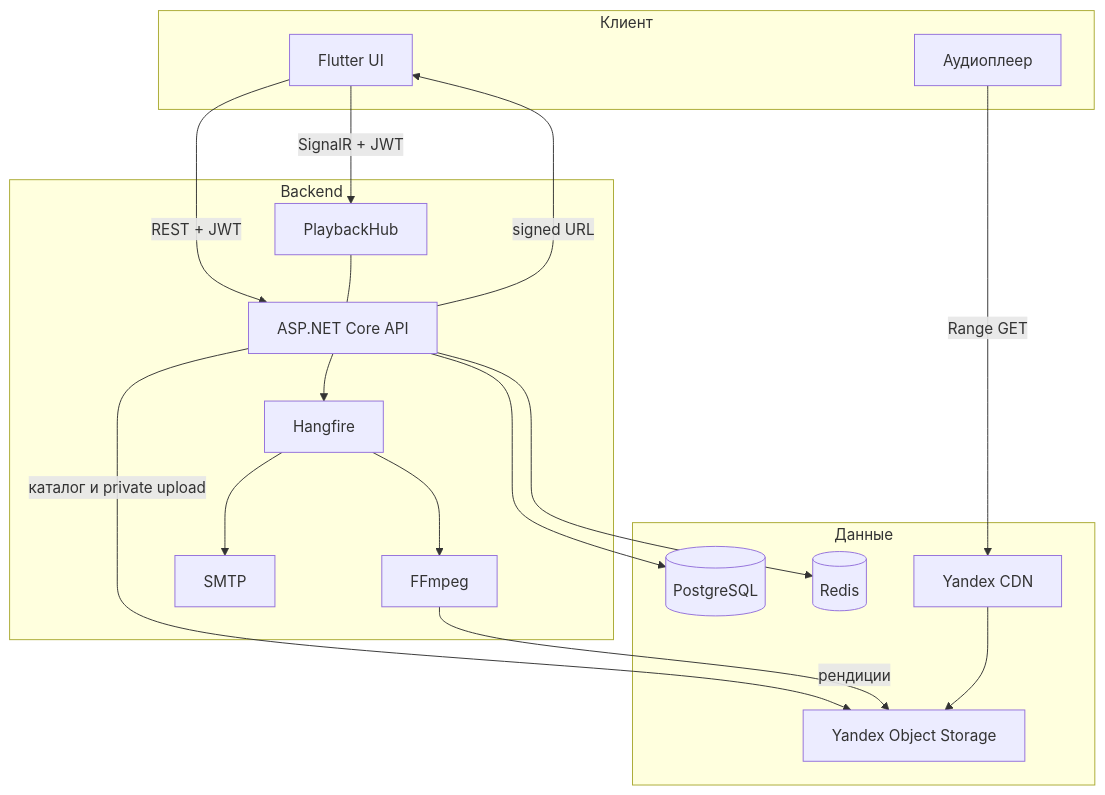
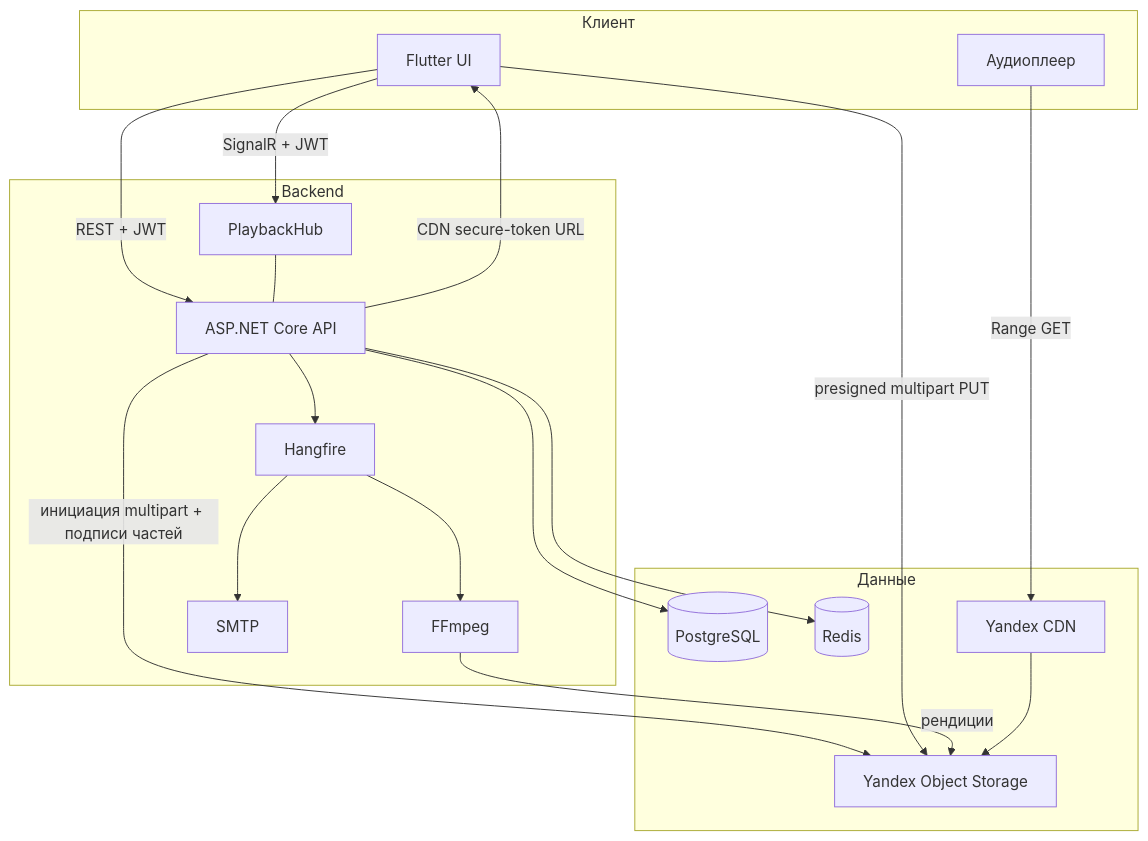
Before and after one commit to CatShredia/Music_Anti_Blur: the diagram in docs/01-product-plan.md, drawn with Mermaid. The commit also changed other lines of this file and 167 other files, not shown here.

````diff
--- a/docs/01-product-plan.md
+++ b/docs/01-product-plan.md
@@ -39,36 +39,37 @@
 ```mermaid
 flowchart TB
   subgraph client [Клиент]
     Flutter[Flutter UI]
     Player[Аудиоплеер]
   end
 
   subgraph backend [Backend]
     API[ASP.NET Core API]
     Hub[PlaybackHub]
     HG[Hangfire]
     FF[FFmpeg]
     SMTP[SMTP]
   end
 
   subgraph data [Данные]
     PG[(PostgreSQL)]
     Redis[(Redis)]
     S3[Yandex Object Storage]
     CDN[Yandex CDN]
   end
 
   Flutter -->|"REST + JWT"| API
   Flutter -->|"SignalR + JWT"| Hub
   Hub --- API
   API --> PG
   API --> Redis
   API --> HG
   HG --> FF
   HG --> SMTP
-  API -->|"каталог и private upload"| S3
+  API -->|"инициация multipart + подписи частей"| S3
+  Flutter -->|"presigned multipart PUT"| S3
   FF -->|"рендиции"| S3
-  API -->|"signed URL"| Flutter
+  API -->|"CDN secure-token URL"| Flutter
   Player -->|"Range GET"| CDN
   CDN --> S3
 ```
````
